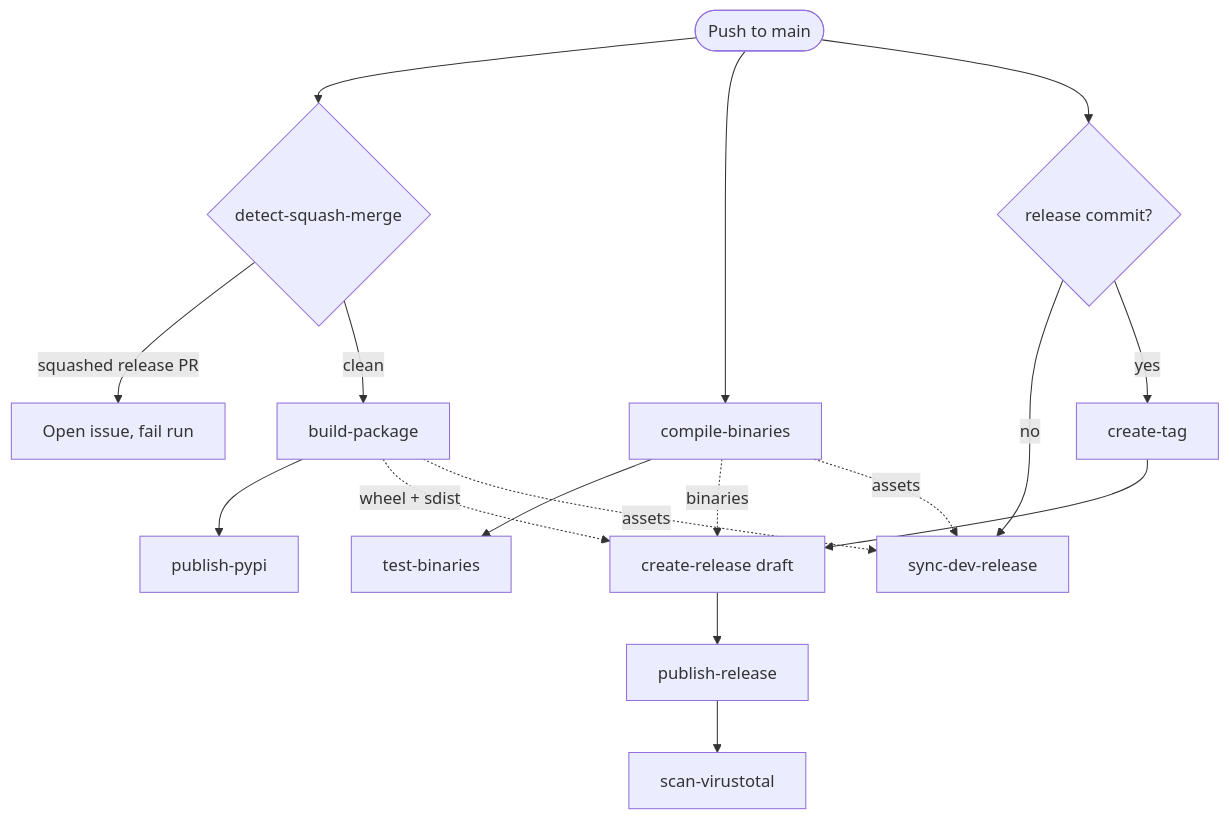
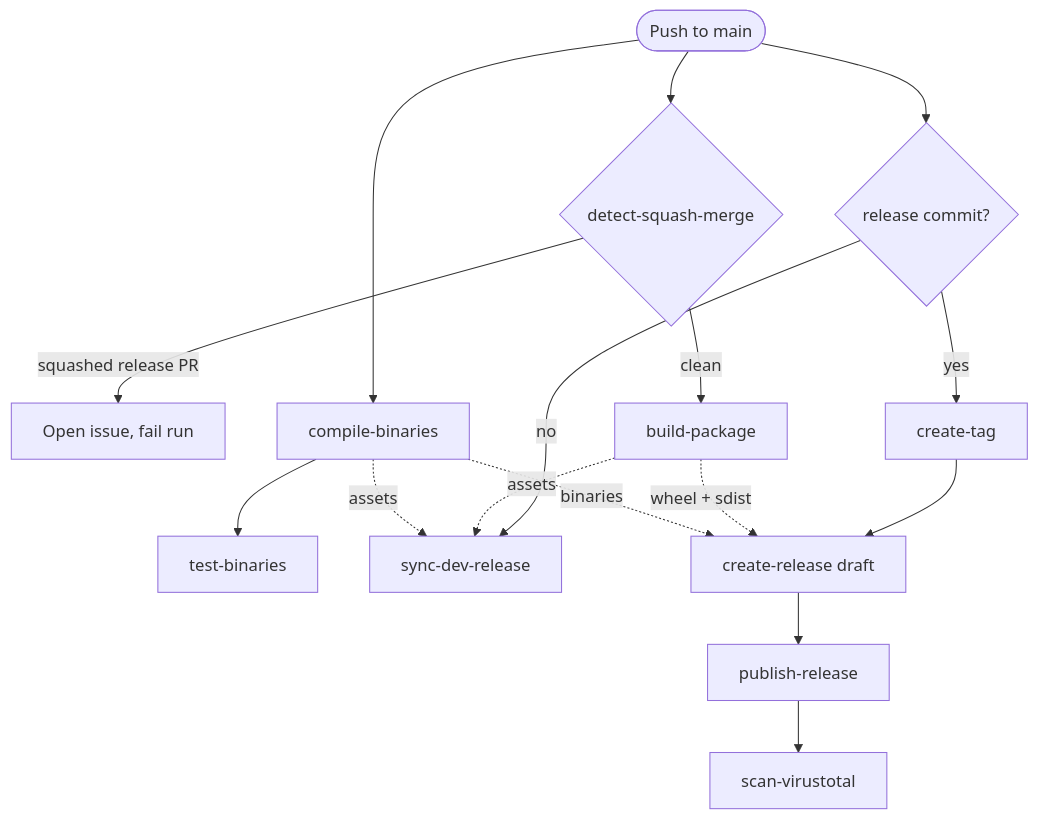
One commit to kdeldycke/repomatic changed the first of 2 diagrams in docs/workflows.md. Above: the diagram before and after it, drawn with Mermaid. The commit also changed other lines of this file and 11 other files, not shown here.

````diff
--- a/docs/workflows.md
+++ b/docs/workflows.md
@@ -417,19 +417,18 @@
 ```mermaid
 flowchart TD
     push([Push to main]) --> squash{detect-squash-merge}
     squash -->|squashed release PR| fail[Open issue, fail run]
     squash -->|clean| build[build-package]
     push --> nuitka[compile-binaries]
     nuitka --> testbin[test-binaries]
-    build --> pypi[publish-pypi]
     push --> relcommit{release commit?}
     relcommit -->|no| dev[sync-dev-release]
     relcommit -->|yes| tag[create-tag]
     tag --> draft[create-release draft]
     build -. wheel + sdist .-> draft
     nuitka -. binaries .-> draft
     draft --> pubrel[publish-release]
     pubrel --> vt[scan-virustotal]
     build -. assets .-> dev
     nuitka -. assets .-> dev
 ```
````
